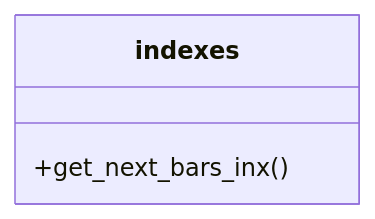
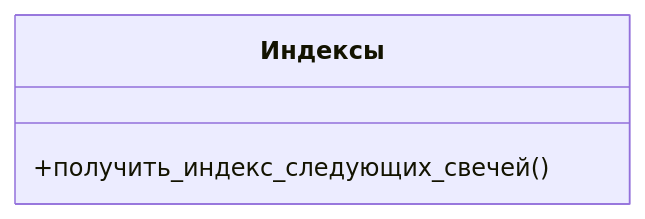
The fourth of 11 diagrams in controller-logic.md (Marat22/MiriadRobotDocs), drawn with Mermaid before and after one commit. The commit also changed other lines of this file, not shown here.

````diff
--- a/controller-logic.md
+++ b/controller-logic.md
@@ -124,6 +135,6 @@
 ```mermaid
 classDiagram
-  class indexes{
-    +get_next_bars_inx()
+  class Индексы{
+    +получить_индекс_следующих_свечей()
   }
 ```
````
